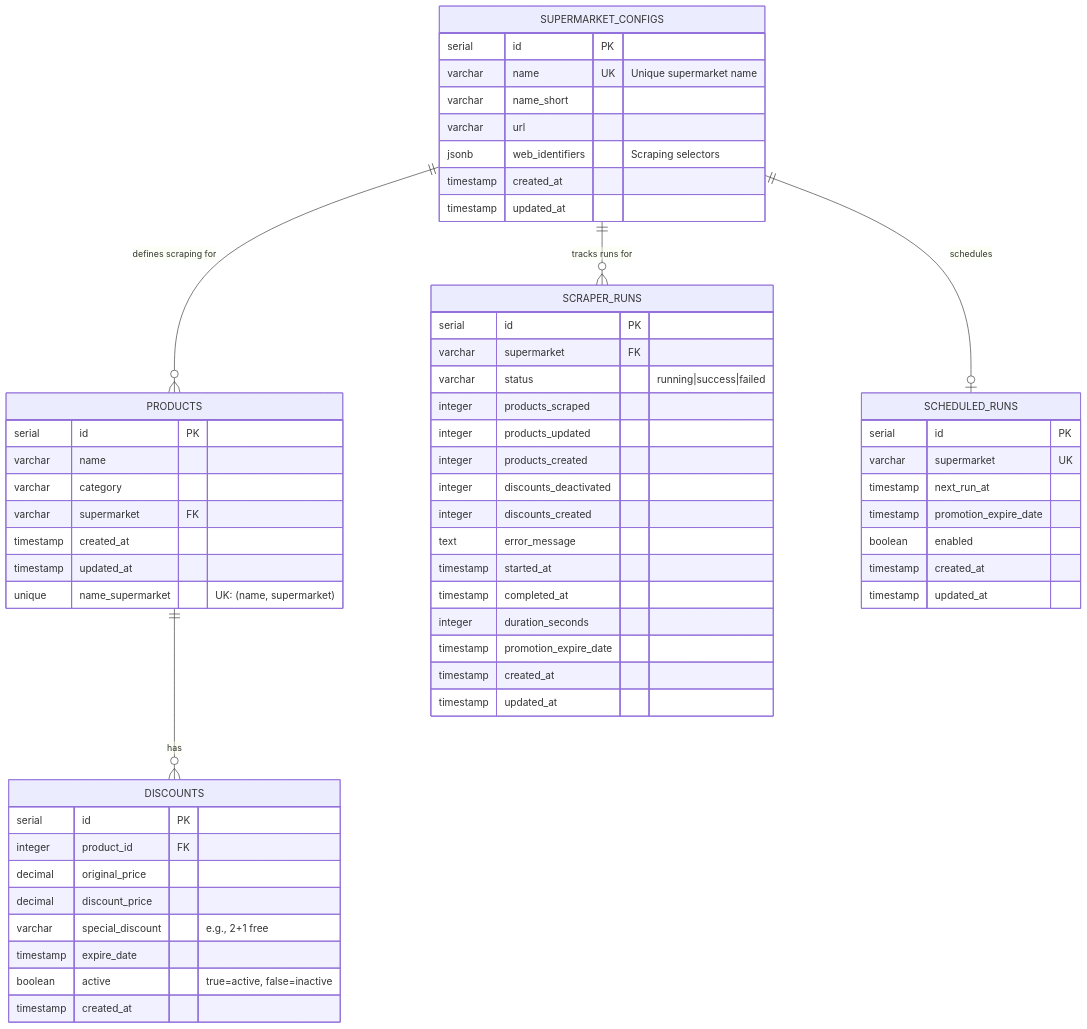
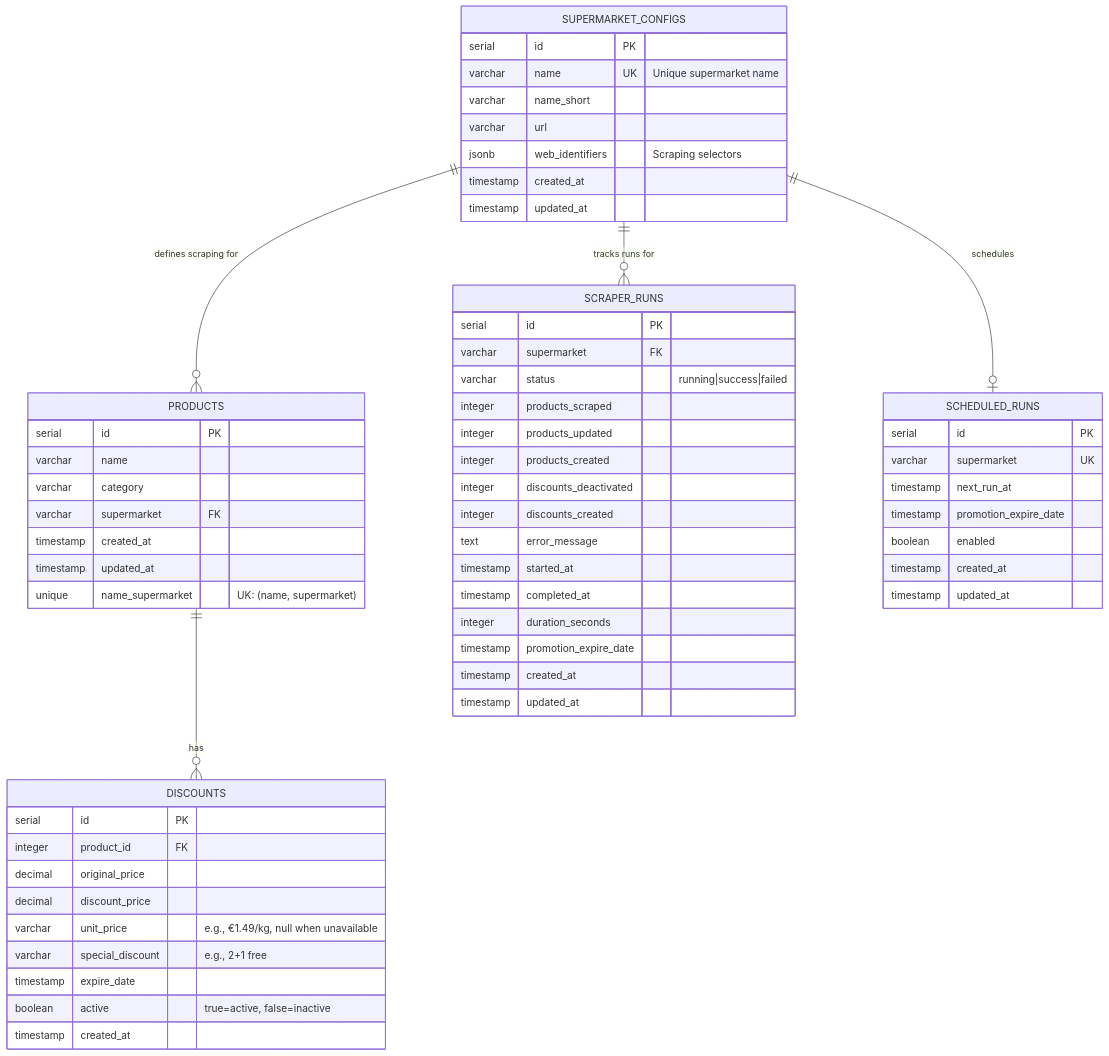
The eighth of 12 diagrams in docs/FUNCTIONAL_DESIGN.md (shelly-nas/discount-scraper), drawn with Mermaid before and after one commit. The commit also changed other lines of this file and 137 other files, not shown here.

````diff
--- a/docs/FUNCTIONAL_DESIGN.md
+++ b/docs/FUNCTIONAL_DESIGN.md
@@ -816,66 +817,67 @@
 ```mermaid
 erDiagram
     SUPERMARKET_CONFIGS ||--o{ PRODUCTS : "defines scraping for"
     PRODUCTS ||--o{ DISCOUNTS : "has"
     SUPERMARKET_CONFIGS ||--o{ SCRAPER_RUNS : "tracks runs for"
     SUPERMARKET_CONFIGS ||--o| SCHEDULED_RUNS : "schedules"
 
     SUPERMARKET_CONFIGS {
         serial id PK
         varchar name UK "Unique supermarket name"
         varchar name_short
         varchar url
         jsonb web_identifiers "Scraping selectors"
         timestamp created_at
         timestamp updated_at
     }
 
     PRODUCTS {
         serial id PK
         varchar name
         varchar category
         varchar supermarket FK
         timestamp created_at
         timestamp updated_at
         unique name_supermarket "UK: (name, supermarket)"
     }
 
     DISCOUNTS {
         serial id PK
         integer product_id FK
         decimal original_price
         decimal discount_price
+        varchar unit_price "e.g., €1.49/kg, null when unavailable"
         varchar special_discount "e.g., 2+1 free"
         timestamp expire_date
         boolean active "true=active, false=inactive"
         timestamp created_at
     }
 
     SCRAPER_RUNS {
         serial id PK
         varchar supermarket FK
         varchar status "running|success|failed"
         integer products_scraped
         integer products_updated
         integer products_created
         integer discounts_deactivated
         integer discounts_created
         text error_message
         timestamp started_at
         timestamp completed_at
         integer duration_seconds
         timestamp promotion_expire_date
         timestamp created_at
         timestamp updated_at
     }
 
     SCHEDULED_RUNS {
         serial id PK
         varchar supermarket UK
         timestamp next_run_at
         timestamp promotion_expire_date
         boolean enabled
         timestamp created_at
         timestamp updated_at
     }
 ```
````
